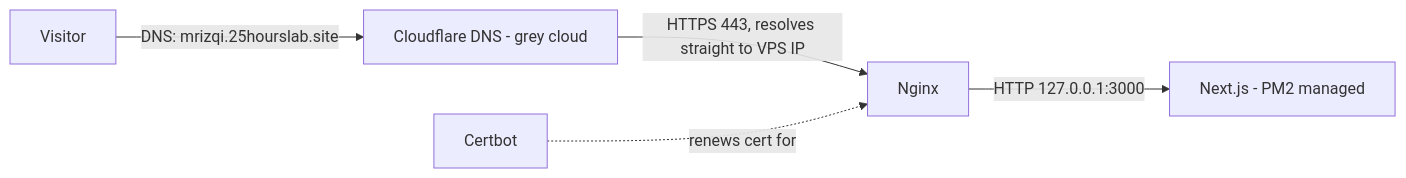
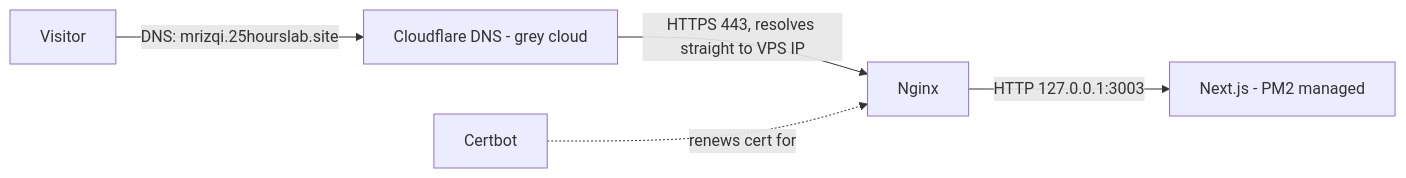
The diagram in docs/pasca-development/2-DEPLOYMENT-GUIDE.md (m-rizqi/mrizqi-portofolio-website), drawn with Mermaid before and after one commit. The commit also changed other lines of this file and 3 other files, not shown here.

````diff
--- a/docs/pasca-development/2-DEPLOYMENT-GUIDE.md
+++ b/docs/pasca-development/2-DEPLOYMENT-GUIDE.md
@@ -15,7 +15,7 @@
 ```mermaid
 graph LR
     Visitor -->|DNS: mrizqi.25hourslab.site| Cloudflare[Cloudflare DNS - grey cloud]
     Cloudflare -->|HTTPS 443, resolves straight to VPS IP| Nginx
-    Nginx -->|HTTP 127.0.0.1:3000| NextApp[Next.js - PM2 managed]
+    Nginx -->|HTTP 127.0.0.1:3003| NextApp[Next.js - PM2 managed]
     Certbot -.renews cert for.-> Nginx
 ```
````
